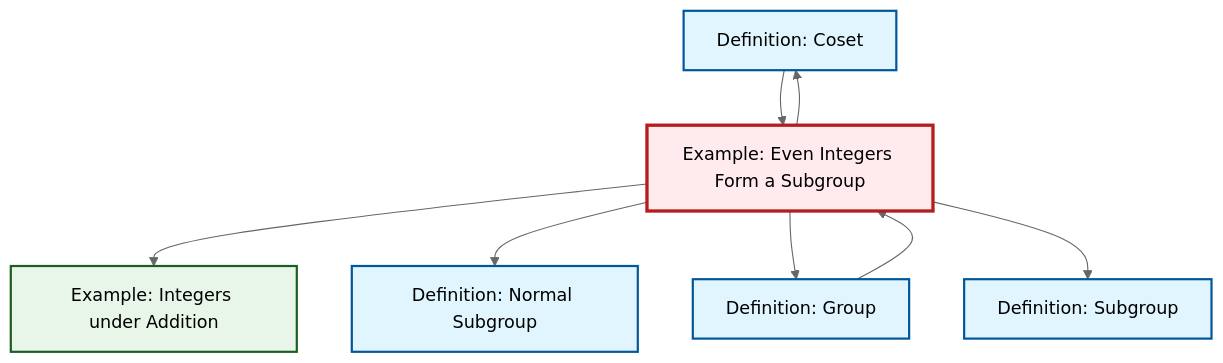
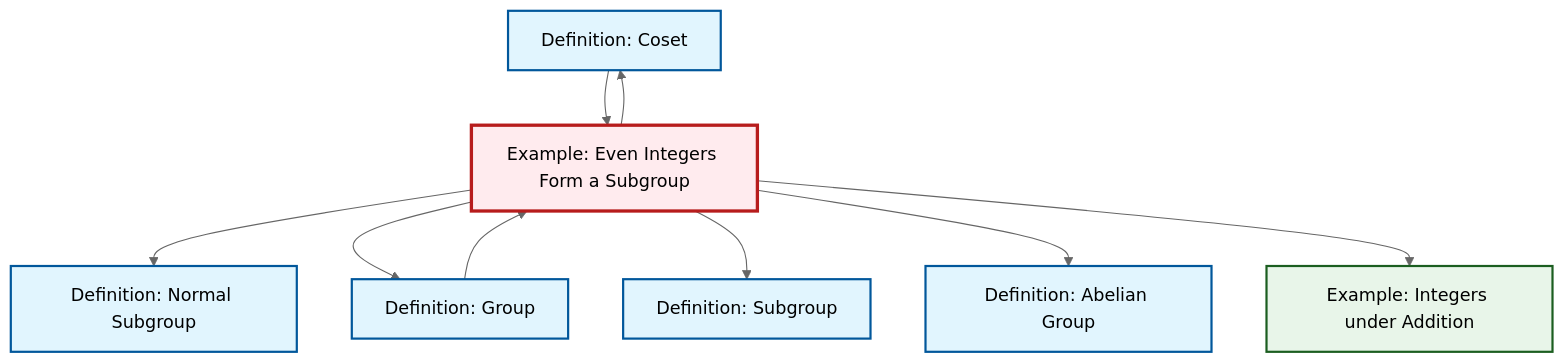
The diagram in content/en/algebra/ex-even-integers-subgroup.qmd (RK0429/ModernMath), drawn with Mermaid (neutral theme) before and after one commit. The commit also changed 474 other files, not shown here.

````diff
--- a/content/en/algebra/ex-even-integers-subgroup.qmd
+++ b/content/en/algebra/ex-even-integers-subgroup.qmd
@@ -51,28 +51,31 @@
 ```{mermaid}
 %%| fig-cap: "Local dependency graph"
 graph TD
     classDef definition fill:#e1f5fe,stroke:#01579b,stroke-width:2px
     classDef theorem fill:#f3e5f5,stroke:#4a148c,stroke-width:2px
     classDef axiom fill:#fff3e0,stroke:#e65100,stroke-width:2px
     classDef example fill:#e8f5e9,stroke:#1b5e20,stroke-width:2px
     classDef current fill:#ffebee,stroke:#b71c1c,stroke-width:3px
+    def-abelian-group["Definition: Abelian Group"]:::definition
+    ex-integers-addition["Example: Integers under Addition"]:::example
     def-coset["Definition: Coset"]:::definition
+    def-normal-subgroup["Definition: Normal Subgroup"]:::definition
+    ex-even-integers-subgroup["Example: Even Integers Form a Subgroup"]:::example
     def-group["Definition: Group"]:::definition
-    def-normal-subgroup["Definition: Normal Subgroup"]:::definition
-    ex-integers-addition["Example: Integers under Addition"]:::example
-    ex-even-integers-subgroup["Example: Even Integers Form a Subgroup"]:::example
     def-subgroup["Definition: Subgroup"]:::definition
+    def-group --> ex-even-integers-subgroup
+    ex-even-integers-subgroup --> def-normal-subgroup
+    ex-even-integers-subgroup --> def-group
+    ex-even-integers-subgroup --> def-subgroup
+    def-coset --> ex-even-integers-subgroup
     ex-even-integers-subgroup --> def-coset
+    ex-even-integers-subgroup --> def-abelian-group
     ex-even-integers-subgroup --> ex-integers-addition
-    ex-even-integers-subgroup --> def-normal-subgroup
-    def-group --> ex-even-integers-subgroup
-    ex-even-integers-subgroup --> def-group
-    def-coset --> ex-even-integers-subgroup
-    ex-even-integers-subgroup --> def-subgroup
     class ex-even-integers-subgroup current
+    click def-abelian-group "def-abelian-group.html" "Go to Abelian Group definition"
+    click ex-integers-addition "ex-integers-addition.html" "Go to Integers under Addition example"
     click def-coset "def-coset.html" "Go to Coset definition"
+    click def-normal-subgroup "def-normal-subgroup.html" "Go to Normal Subgroup definition"
     click def-group "def-group.html" "Go to Group definition"
-    click def-normal-subgroup "def-normal-subgroup.html" "Go to Normal Subgroup definition"
-    click ex-integers-addition "ex-integers-addition.html" "Go to Integers under Addition example"
     click def-subgroup "def-subgroup.html" "Go to Subgroup definition"
 ```
````
